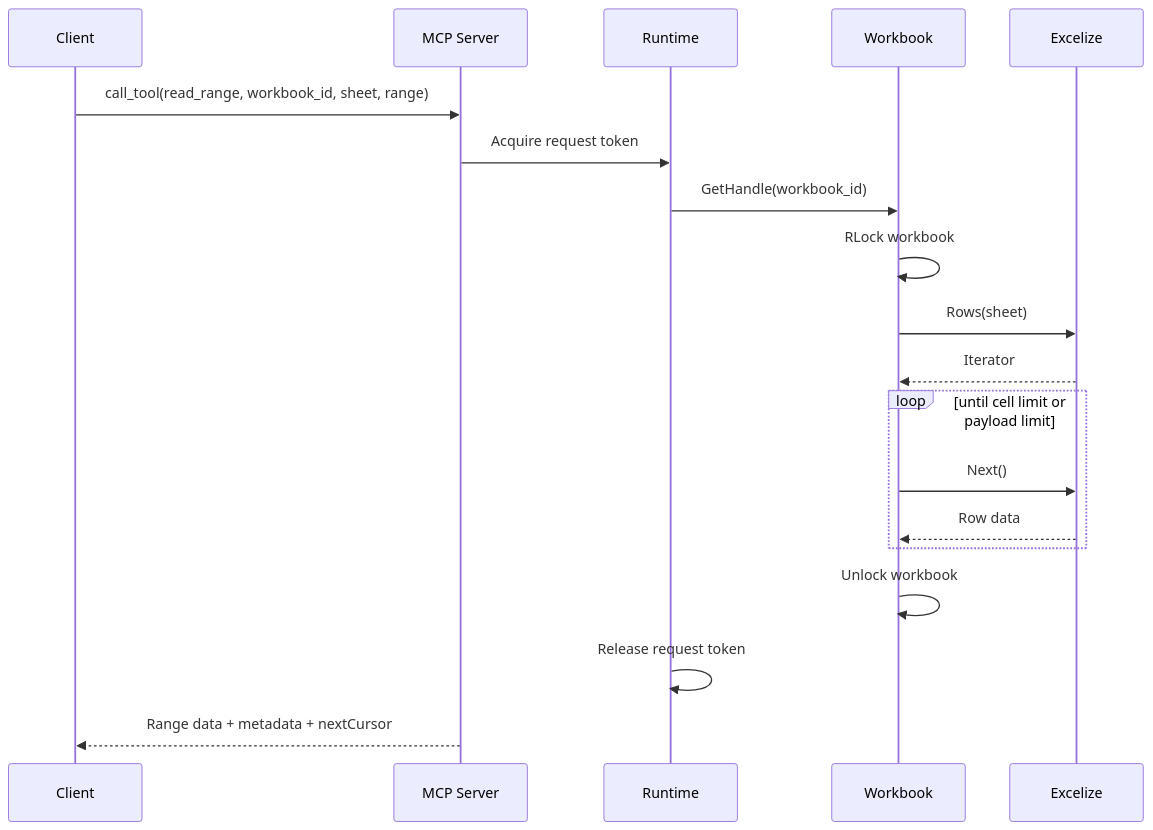
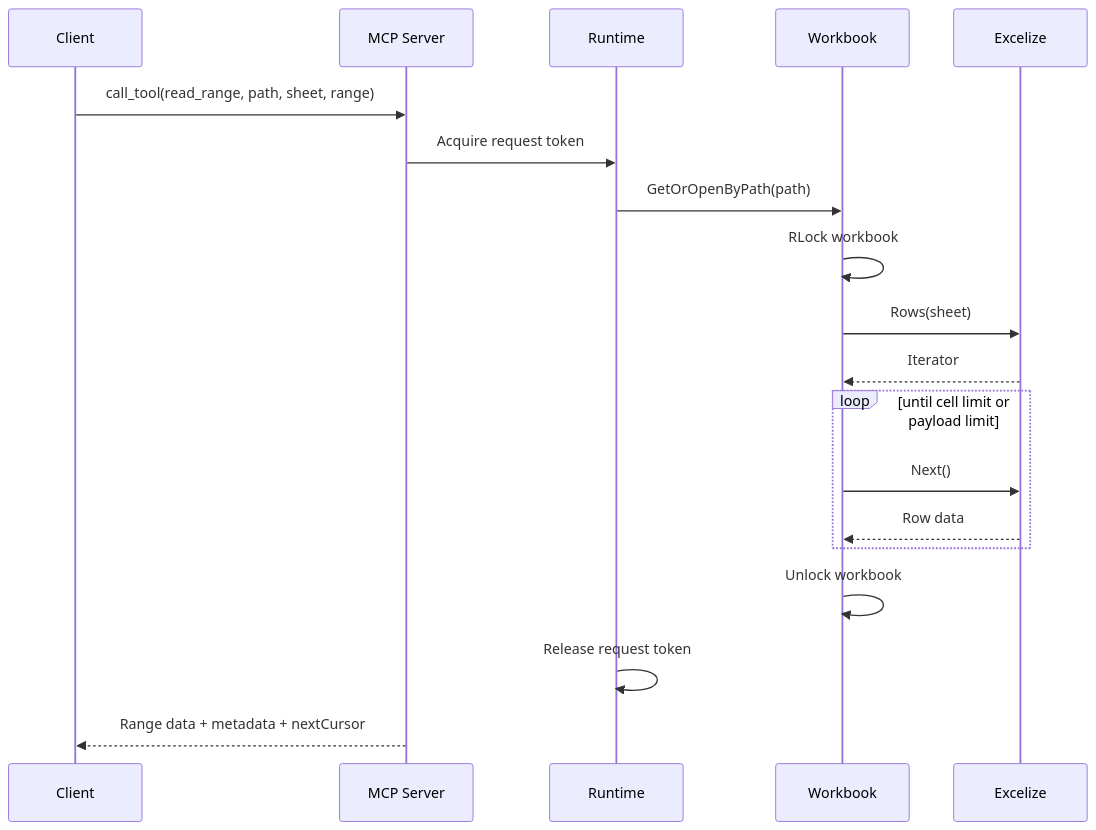
The second of 3 diagrams in design.md (vinodismyname/mcpxcel), drawn with Mermaid before and after one commit. The commit also changed other lines of this file and 8 other files, not shown here.

````diff
--- a/design.md
+++ b/design.md
@@ -200,22 +199,22 @@
 ```mermaid
 sequenceDiagram
     participant Client
     participant MCP as MCP Server
     participant Runtime
-    participant Workbook
+    participant WB as Workbook
     participant Excelize
 
-    Client->>MCP: call_tool(read_range, workbook_id, sheet, range)
+    Client->>MCP: call_tool(read_range, path, sheet, range)
     MCP->>Runtime: Acquire request token
-    Runtime->>Workbook: GetHandle(workbook_id)
-    Workbook->>Workbook: RLock workbook
-    Workbook->>Excelize: Rows(sheet)
-    Excelize-->>Workbook: Iterator
+    Runtime->>WB: GetOrOpenByPath(path)
+    WB->>WB: RLock workbook
+    WB->>Excelize: Rows(sheet)
+    Excelize-->>WB: Iterator
     loop until cell limit or payload limit
-        Workbook->>Excelize: Next()
-        Excelize-->>Workbook: Row data
+        WB->>Excelize: Next()
+        Excelize-->>WB: Row data
     end
-    Workbook->>Workbook: Unlock workbook
+    WB->>WB: Unlock workbook
     Runtime->>Runtime: Release request token
     MCP-->>Client: Range data + metadata + nextCursor
 ```
````
